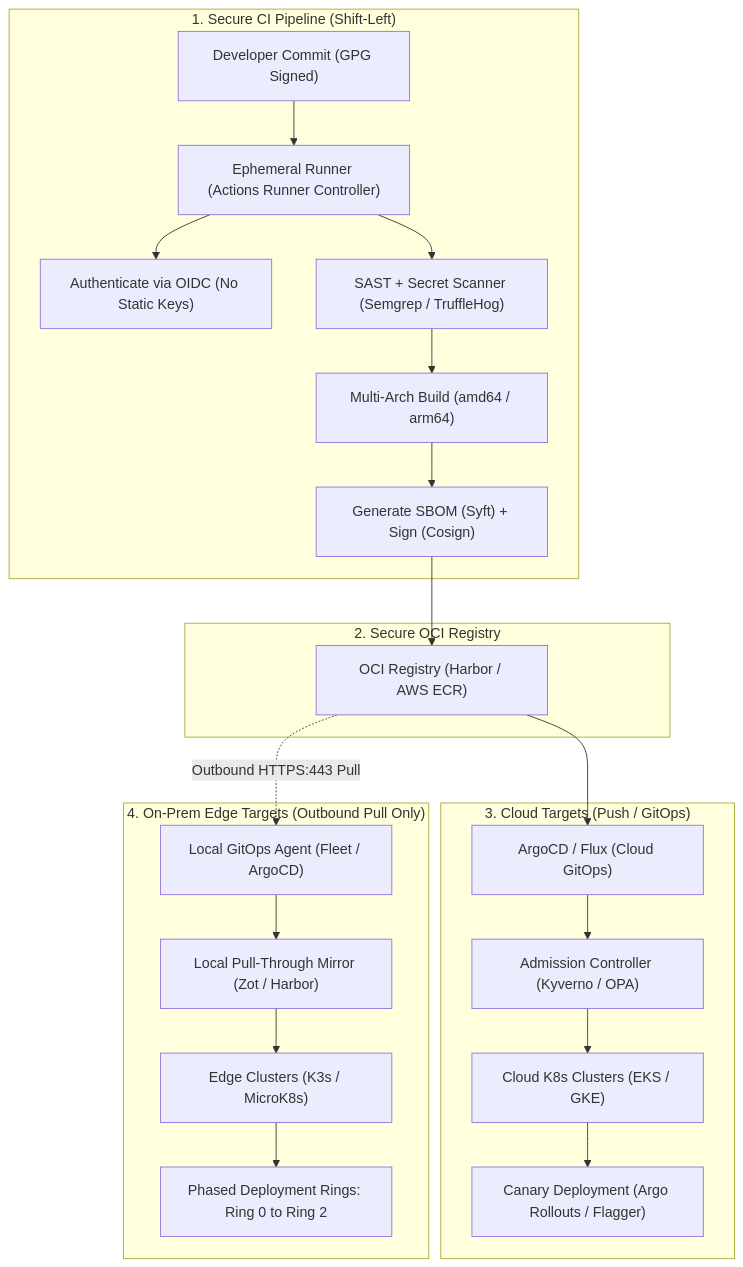
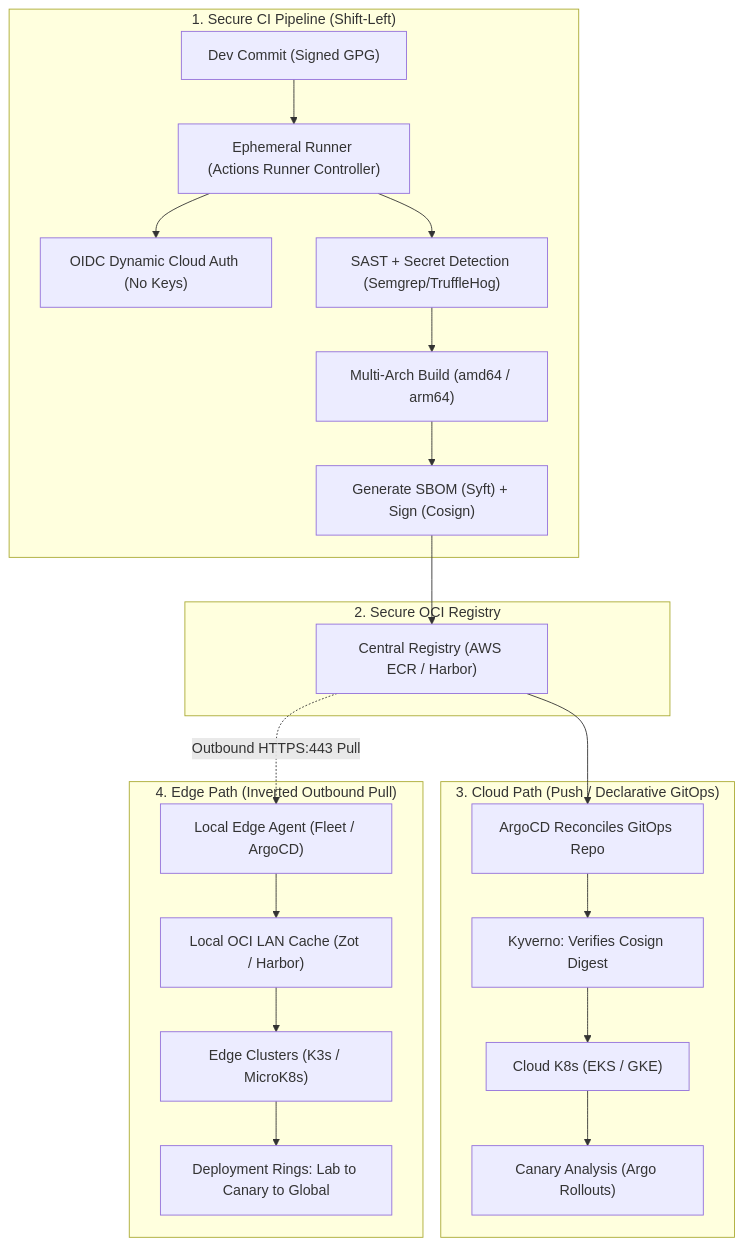
One commit to Inderjit-blaggan/Notes changed the diagram in Interview_questions/system_design_question.md. Above: the diagram before and after it, drawn with Mermaid. The commit also changed other lines of this file and 4 other files, not shown here.

````diff
--- a/Interview_questions/system_design_question.md
+++ b/Interview_questions/system_design_question.md
@@ -22,28 +111,28 @@
 ```mermaid
 flowchart TD
     subgraph CI["1. Secure CI Pipeline (Shift-Left)"]
-        Dev["Developer Commit (GPG Signed)"] --> GHA["Ephemeral Runner (Actions Runner Controller)"]
-        GHA --> OIDC["Authenticate via OIDC (No Static Keys)"]
-        GHA --> Scan["SAST + Secret Scanner (Semgrep / TruffleHog)"]
-        Scan --> Build["Multi-Arch Build (amd64 / arm64)"]
-        Build --> SBOM["Generate SBOM (Syft) + Sign (Cosign)"]
+        Dev["Dev Commit (Signed GPG)"] --> ARC["Ephemeral Runner (Actions Runner Controller)"]
+        ARC --> OIDC["OIDC Dynamic Cloud Auth (No Keys)"]
+        ARC --> Scans["SAST + Secret Detection (Semgrep/TruffleHog)"]
+        Scans --> Build["Multi-Arch Build (amd64 / arm64)"]
+        Build --> Sign["Generate SBOM (Syft) + Sign (Cosign)"]
     end
 
     subgraph Reg["2. Secure OCI Registry"]
-        SBOM --> OCI["OCI Registry (Harbor / AWS ECR)"]
+        Sign --> OCI["Central Registry (AWS ECR / Harbor)"]
     end
 
-    subgraph Cloud["3. Cloud Targets (Push / GitOps)"]
-        OCI --> ArgoCloud["ArgoCD / Flux (Cloud GitOps)"]
-        ArgoCloud --> Gatekeeper["Admission Controller (Kyverno / OPA)"]
-        Gatekeeper --> CloudK8s["Cloud K8s Clusters (EKS / GKE)"]
-        CloudK8s --> Rollout["Canary Deployment (Argo Rollouts / Flagger)"]
+    subgraph Cloud["3. Cloud Path (Push / Declarative GitOps)"]
+        OCI --> ArgoCD["ArgoCD Reconciles GitOps Repo"]
+        ArgoCD --> Gatekeeper["Kyverno: Verifies Cosign Digest"]
+        Gatekeeper --> CloudK8s["Cloud K8s (EKS / GKE)"]
+        CloudK8s --> Canary["Canary Analysis (Argo Rollouts)"]
     end
 
-    subgraph Edge["4. On-Prem Edge Targets (Outbound Pull Only)"]
-        OCI -.->|Outbound HTTPS:443 Pull| EdgeAgent["Local GitOps Agent (Fleet / ArgoCD)"]
-        EdgeAgent --> LocalCache["Local Pull-Through Mirror (Zot / Harbor)"]
-        LocalCache --> EdgeK8s["Edge Clusters (K3s / MicroK8s)"]
-        EdgeK8s --> Rings["Phased Deployment Rings: Ring 0 to Ring 2"]
+    subgraph Edge["4. Edge Path (Inverted Outbound Pull)"]
+        OCI -.->|Outbound HTTPS:443 Pull| EdgeAgent["Local Edge Agent (Fleet / ArgoCD)"]
+        EdgeAgent --> LANMirror["Local OCI LAN Cache (Zot / Harbor)"]
+        LANMirror --> EdgeK8s["Edge Clusters (K3s / MicroK8s)"]
+        EdgeK8s --> Rings["Deployment Rings: Lab to Canary to Global"]
     end
 ```
````
